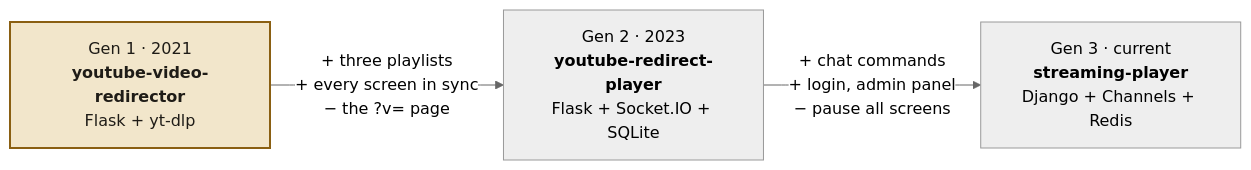
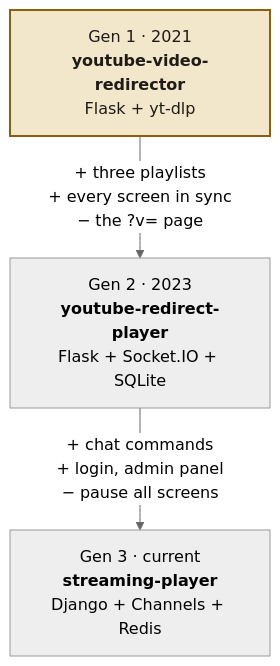
Before and after one commit to NatLee/youtube-video-redirect-service: the first of 2 diagrams in README.md, drawn with Mermaid (neutral theme).

Commit message:
docs: stack the family tree so GitHub's zoom buttons don't cover it
GitHub pins its pan and zoom buttons to the bottom right of every Mermaid
diagram, right on top of the Gen 3 box of a left-to-right tree. Top to
bottom, the tree is a narrow centered column and the buttons sit beside
it.

````diff
--- a/README.md
+++ b/README.md
@@ -32,9 +32,9 @@
 ```mermaid
-flowchart LR
+flowchart TB
     G1["Gen 1 · 2021<br/><b>youtube-video-redirector</b><br/>Flask + yt-dlp"]
     G2["Gen 2 · 2023<br/><b>youtube-redirect-player</b><br/>Flask + Socket.IO + SQLite"]
     G3["Gen 3 · current<br/><b>streaming-player</b><br/>Django + Channels + Redis"]
     G1 -- "+ three playlists<br/>+ every screen in sync<br/>− the ?v= page" --> G2
     G2 -- "+ chat commands<br/>+ login, admin panel<br/>− pause all screens" --> G3
     style G1 fill:#f2e6cb,stroke:#8a5f12,stroke-width:2px,color:#1f1c17
 ```
````
